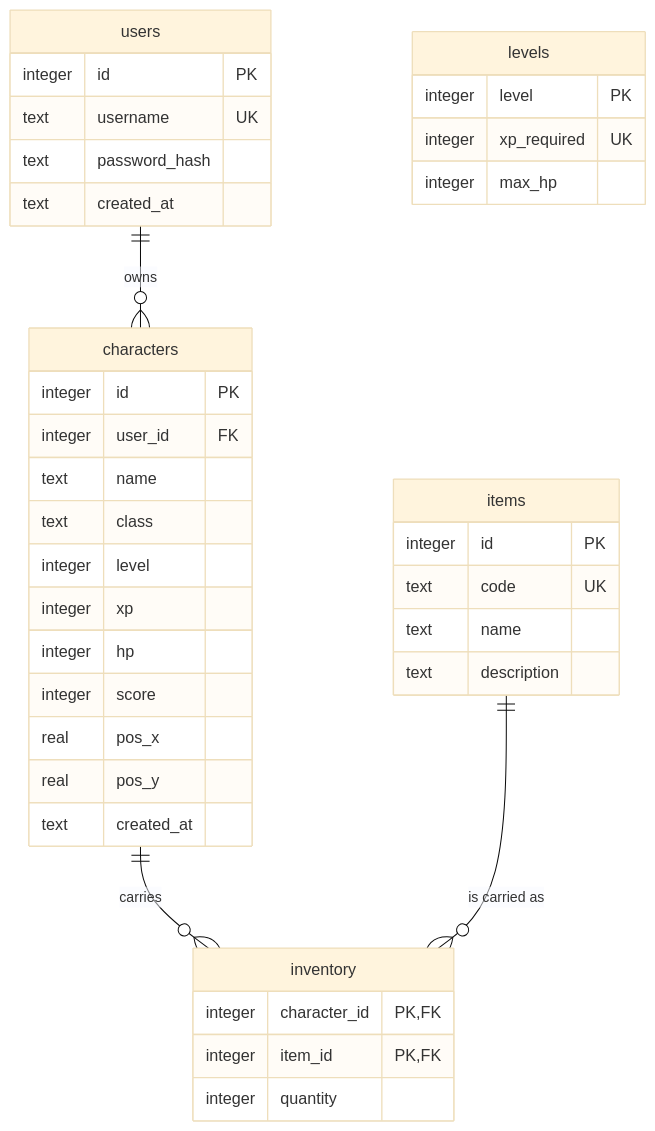
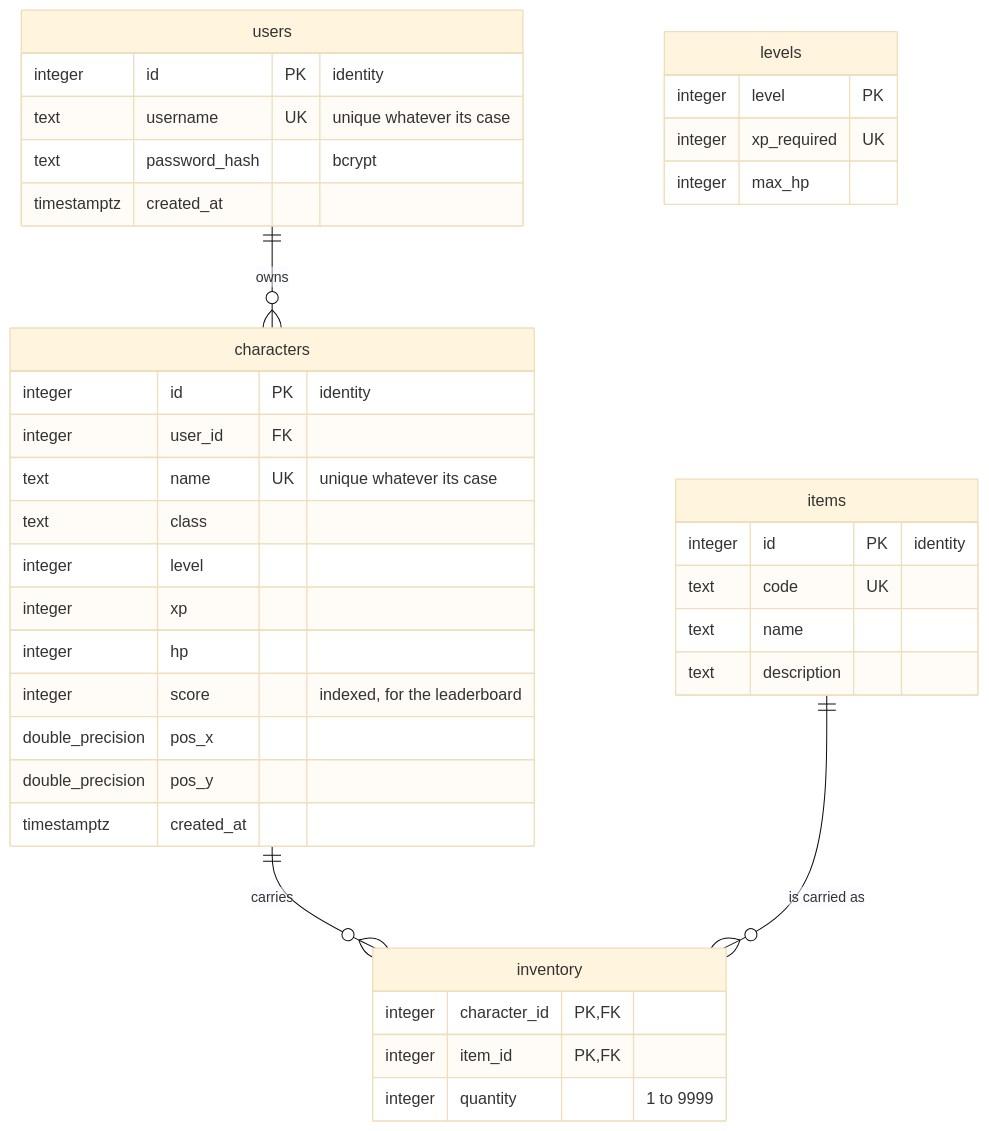
The diagram in docs/erd.md (sathiarith/multiplayer-game), drawn with Mermaid (base theme) before and after one commit. The commit also changed other lines of this file and 49 other files, not shown here.

````diff
--- a/docs/erd.md
+++ b/docs/erd.md
@@ -3,42 +5,42 @@
 ```mermaid
 erDiagram
   users ||--o{ characters : owns
   characters ||--o{ inventory : carries
   items ||--o{ inventory : "is carried as"
 
   users {
-      integer id PK
-      text username UK
-      text password_hash
-      text created_at
+    integer id PK "identity"
+    text username UK "unique whatever its case"
+    text password_hash "bcrypt"
+    timestamptz created_at
   }
   characters {
-      integer id PK
-      integer user_id FK
-      text name
-      text class
-      integer level
-      integer xp
-      integer hp
-      integer score
-      real pos_x
-      real pos_y
-      text created_at
+    integer id PK "identity"
+    integer user_id FK
+    text name UK "unique whatever its case"
+    text class
+    integer level
+    integer xp
+    integer hp
+    integer score "indexed, for the leaderboard"
+    double_precision pos_x
+    double_precision pos_y
+    timestamptz created_at
   }
   items {
-    integer id PK
+    integer id PK "identity"
     text code UK
     text name
     text description
   }
   inventory {
     integer character_id PK, FK
     integer item_id PK, FK
-    integer quantity
+    integer quantity "1 to 9999"
   }
   levels {
     integer level PK
     integer xp_required UK
     integer max_hp
   }
 ```
````
